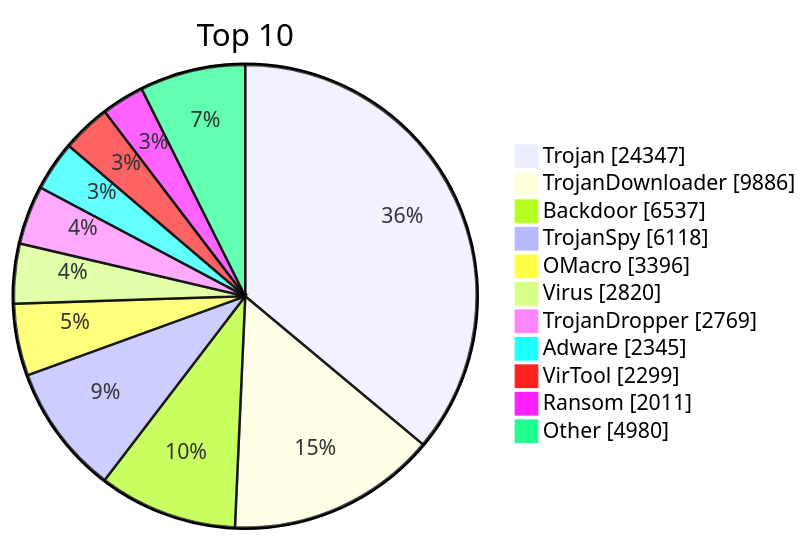
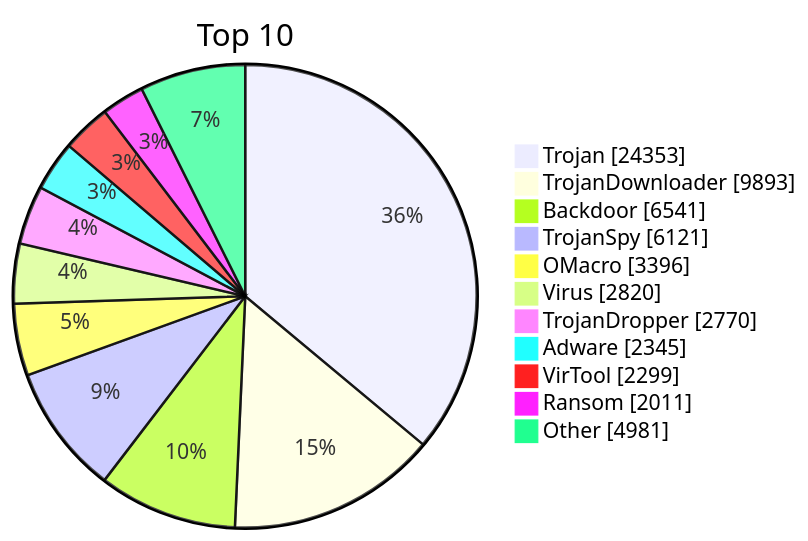
The diagram in README.md (JerryLinLinLin/huorong-virdb-changelog), drawn with Mermaid before and after one commit. The commit also changed other lines of this file and 14 other files, not shown here.

````diff
--- a/README.md
+++ b/README.md
@@ -19,15 +19,15 @@
 ```mermaid
 pie showData
     title Top 10
-    "Trojan" : 24347
-    "TrojanDownloader" : 9886
-    "Backdoor" : 6537
-    "TrojanSpy" : 6118
+    "Trojan" : 24353
+    "TrojanDownloader" : 9893
+    "Backdoor" : 6541
+    "TrojanSpy" : 6121
     "OMacro" : 3396
     "Virus" : 2820
-    "TrojanDropper" : 2769
+    "TrojanDropper" : 2770
     "Adware" : 2345
     "VirTool" : 2299
     "Ransom" : 2011
-    "Other" : 4980
+    "Other" : 4981
 ```
````
